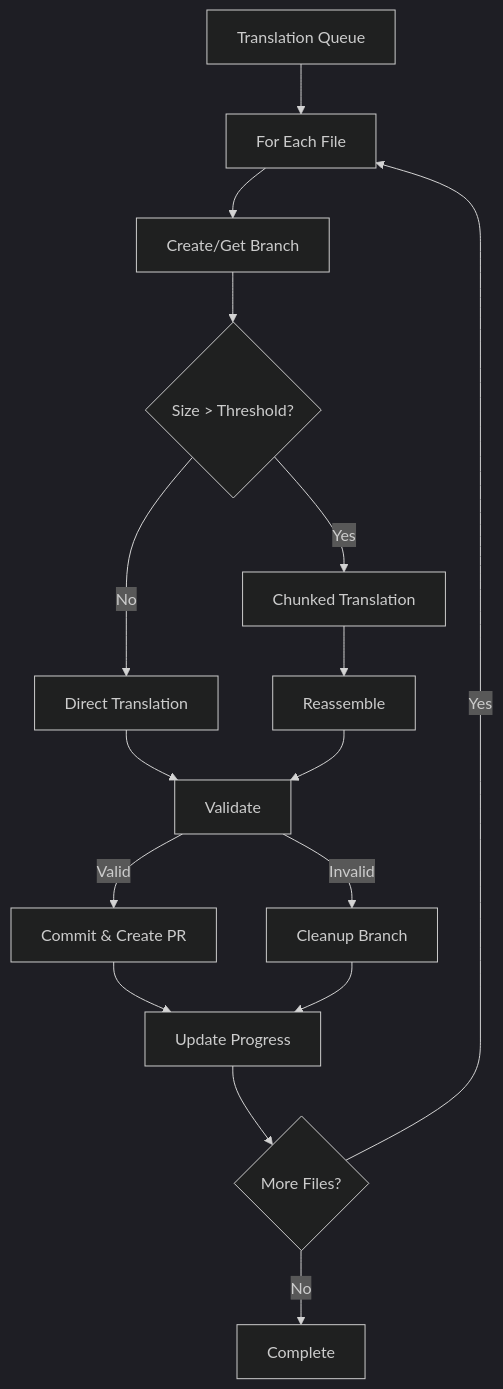
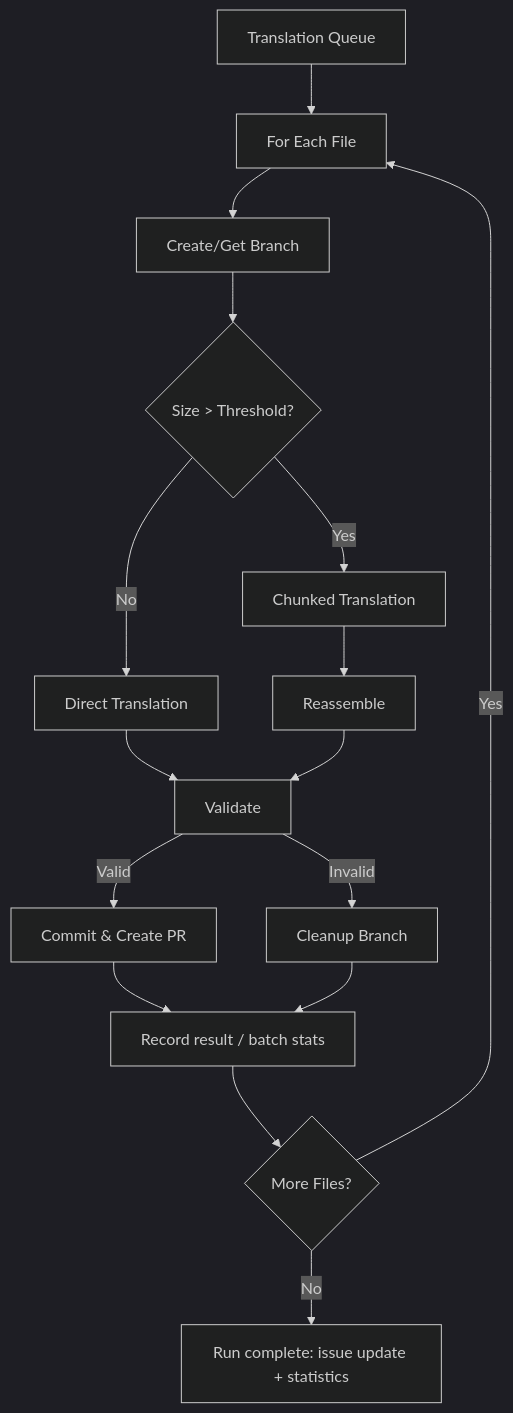
Before and after one commit to NivaldoFarias/translate-react: the eighth of 9 diagrams in docs/WORKFLOW.md, drawn with Mermaid (dark theme). The commit also changed other lines of this file and 3 other files, not shown here.

````diff
--- a/docs/WORKFLOW.md
+++ b/docs/WORKFLOW.md
@@ -198,18 +230,18 @@
 ```mermaid
 flowchart TD
     A[Translation Queue] --> B[For Each File]
     B --> C[Create/Get Branch]
     C --> D{Size > Threshold?}
     D -->|Yes| E[Chunked Translation]
     D -->|No| F[Direct Translation]
     E --> G[Reassemble]
     F --> H[Validate]
     G --> H
     H -->|Valid| I[Commit & Create PR]
     H -->|Invalid| J[Cleanup Branch]
-    I --> K[Update Progress]
+    I --> K[Record result / batch stats]
     J --> K
     K --> L{More Files?}
     L -->|Yes| B
-    L -->|No| M[Complete]
+    L -->|No| M[Run complete: issue update + statistics]
 ```
````
